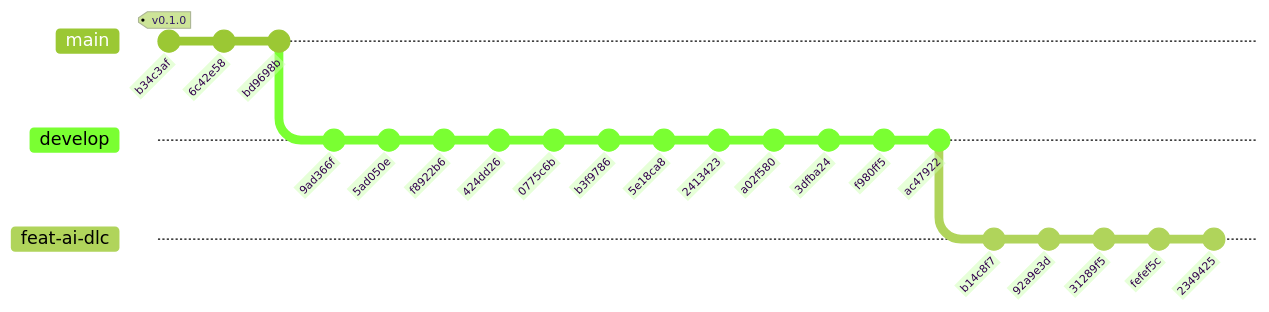
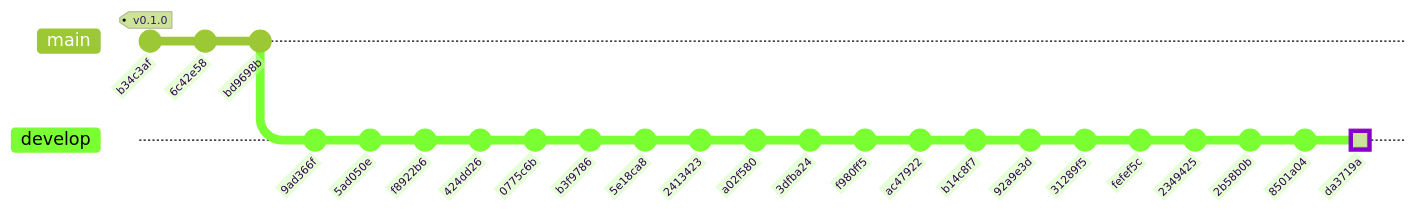
One commit to jeremialcala/ves-market-watch changed the diagram in docs/03-implementation/repo-history.md. Above: the diagram before and after it, drawn with Mermaid (forest theme). The commit also changed other lines of this file, not shown here.

Commit message:
docs: Regenerate repo-history after merging feat-ai-dlc into develop

````diff
--- a/docs/03-implementation/repo-history.md
+++ b/docs/03-implementation/repo-history.md
@@ -21,25 +11,28 @@
 ```mermaid
 gitGraph
     commit id: "b34c3af" tag: "v0.1.0"
     commit id: "6c42e58"
     commit id: "bd9698b"
     branch develop
     commit id: "9ad366f"
     commit id: "5ad050e"
     commit id: "f8922b6"
     commit id: "424dd26"
     commit id: "0775c6b"
     commit id: "b3f9786"
     commit id: "5e18ca8"
     commit id: "2413423"
     commit id: "a02f580"
     commit id: "3dfba24"
     commit id: "f980ff5"
     commit id: "ac47922"
-    branch feat-ai-dlc
     commit id: "b14c8f7"
     commit id: "92a9e3d"
     commit id: "31289f5"
     commit id: "fefef5c"
     commit id: "2349425"
+    commit id: "2b58b0b"
+    commit id: "8501a04"
+    commit id: "da3719a" type: HIGHLIGHT
+    %% rama feat-ai-dlc: sin commits propios o fork fuera del mapa
 ```
````
